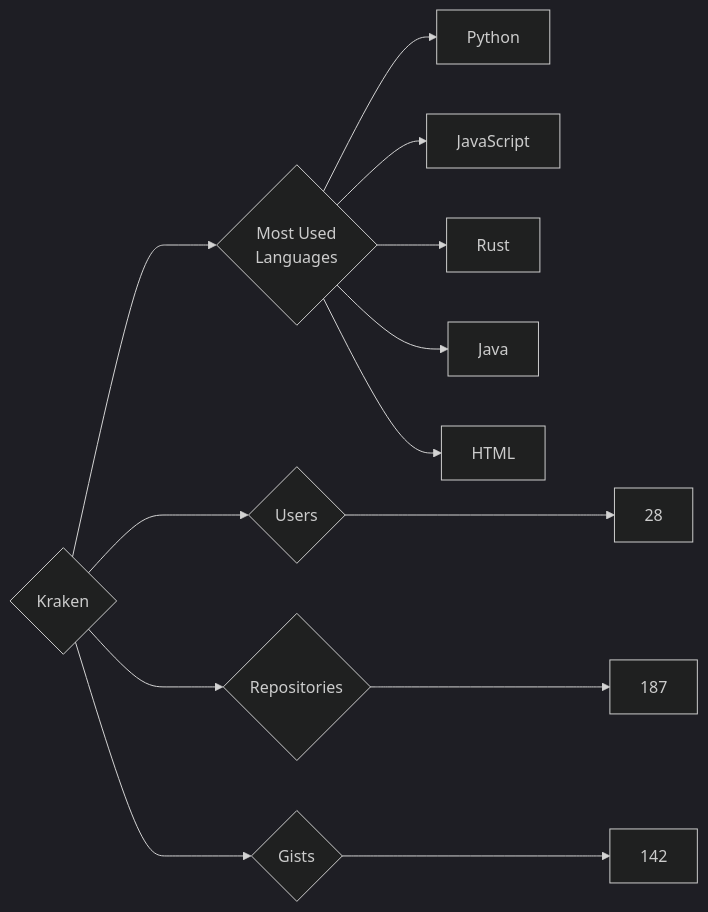
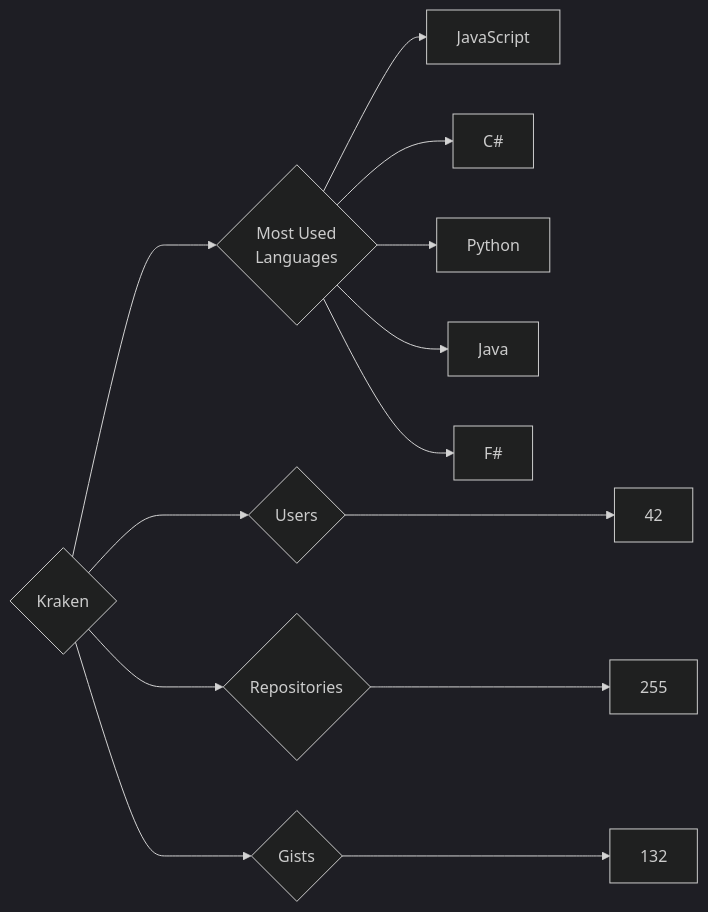
One commit to trickest/insiders changed the diagram in targets/Kraken/README.md. Above: the diagram before and after it, drawn with Mermaid (dark theme). The commit also changed 629 other files, not shown here.

````diff
--- a/targets/Kraken/README.md
+++ b/targets/Kraken/README.md
@@ -3,13 +3,13 @@
 ```mermaid
 graph LR
 COMPANY_NAME{Kraken}
-COMPANY_NAME ---> U{Users} ---> UN[28]
-COMPANY_NAME ---> R{Repositories} ---> RN[187]
-COMPANY_NAME ---> G{Gists} ---> GN[142]
+COMPANY_NAME ---> U{Users} ---> UN[42]
+COMPANY_NAME ---> R{Repositories} ---> RN[255]
+COMPANY_NAME ---> G{Gists} ---> GN[132]
 COMPANY_NAME ---> ML{Most Used<br>Languages}
+ML --> JavaScript[JavaScript]
+ML --> C#[C#]
 ML --> Python[Python]
-ML --> JavaScript[JavaScript]
-ML --> Rust[Rust]
 ML --> Java[Java]
-ML --> HTML[HTML]
+ML --> F#[F#]
 ```
````
